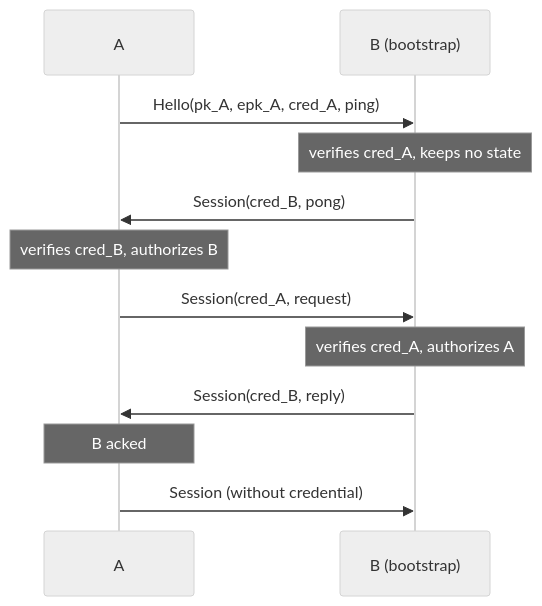
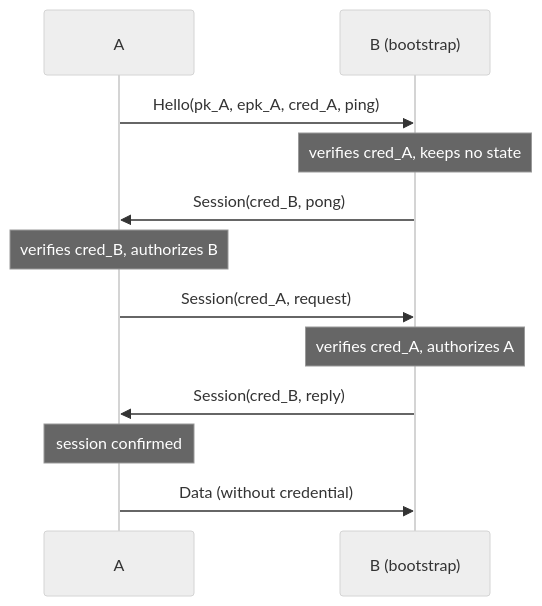
Before and after one commit to savoirfairelinux/opendht: the second of 2 diagrams in docs/transport-crypto.md, drawn with Mermaid (neutral theme). The commit also changed other lines of this file, not shown here.

Commit message:
docs: describe Data envelopes and session confirmation

````diff
--- a/docs/transport-crypto.md
+++ b/docs/transport-crypto.md
@@ -334,14 +356,14 @@
 ```mermaid
 sequenceDiagram
     participant A
     participant B as B (bootstrap)
     A->>B: Hello(pk_A, epk_A, cred_A, ping)
     Note over B: verifies cred_A, keeps no state
     B->>A: Session(cred_B, pong)
     Note over A: verifies cred_B, authorizes B
     A->>B: Session(cred_A, request)
     Note over B: verifies cred_A, authorizes A
     B->>A: Session(cred_B, reply)
-    Note over A: B acked
-    A->>B: Session (without credential)
+    Note over A: session confirmed
+    A->>B: Data (without credential)
 ```
````
